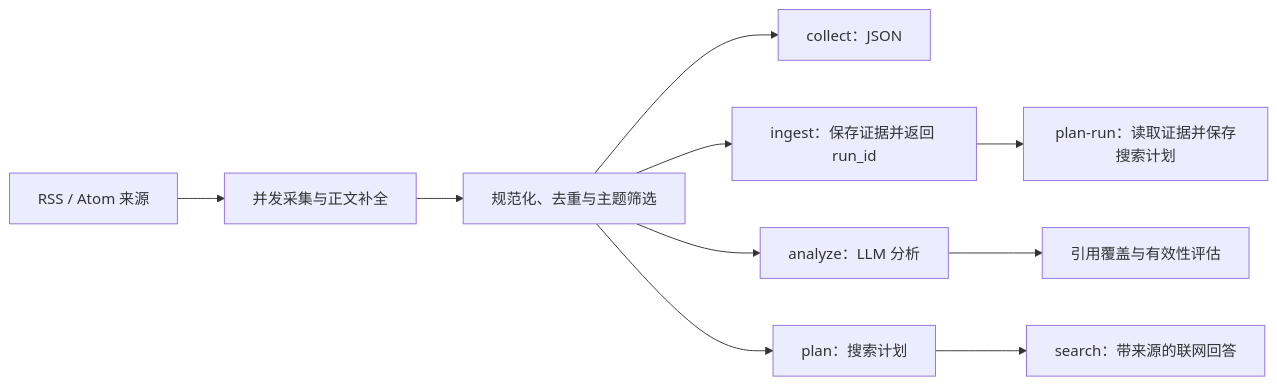
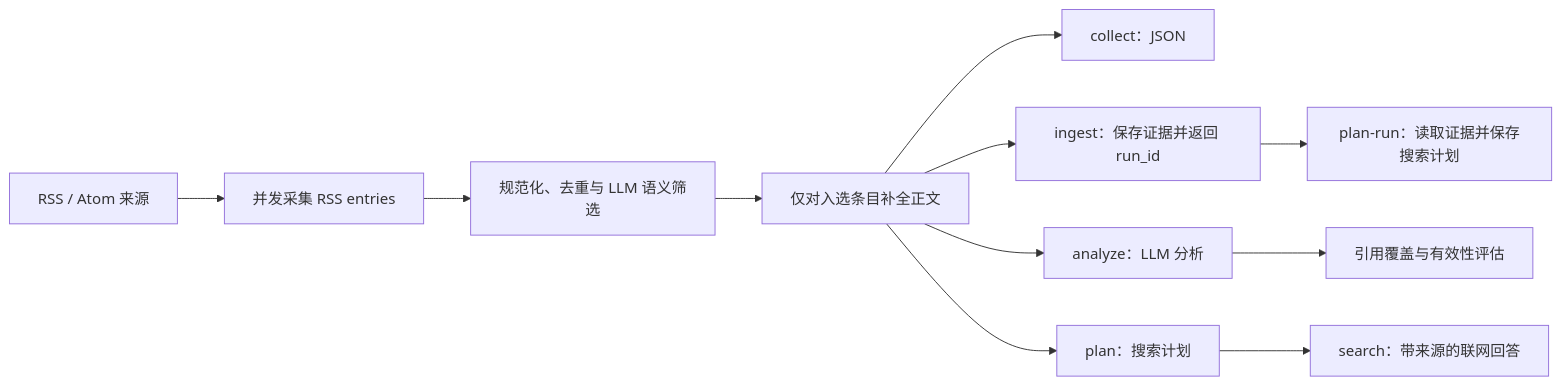
The diagram in README.md (Ita-Hloks/InformationAgent), drawn with Mermaid before and after one commit. The commit also changed other lines of this file and 22 other files, not shown here.

````diff
--- a/README.md
+++ b/README.md
@@ -64,12 +64,13 @@
 ```mermaid
 flowchart LR
-    A["RSS / Atom 来源"] --> B["并发采集与正文补全"]
-    B --> C["规范化、去重与主题筛选"]
-    C --> D["collect：JSON"]
-    C --> E["ingest：保存证据并返回 run_id"]
+    A["RSS / Atom 来源"] --> B["并发采集 RSS entries"]
+    B --> C["规范化、去重与 LLM 语义筛选"]
+    C --> D0["仅对入选条目补全正文"]
+    D0 --> D["collect：JSON"]
+    D0 --> E["ingest：保存证据并返回 run_id"]
     E --> J["plan-run：读取证据并保存搜索计划"]
-    C --> F["analyze：LLM 分析"]
+    D0 --> F["analyze：LLM 分析"]
     F --> G["引用覆盖与有效性评估"]
-    C --> H["plan：搜索计划"]
+    D0 --> H["plan：搜索计划"]
     H --> I["search：带来源的联网回答"]
 ```
````
